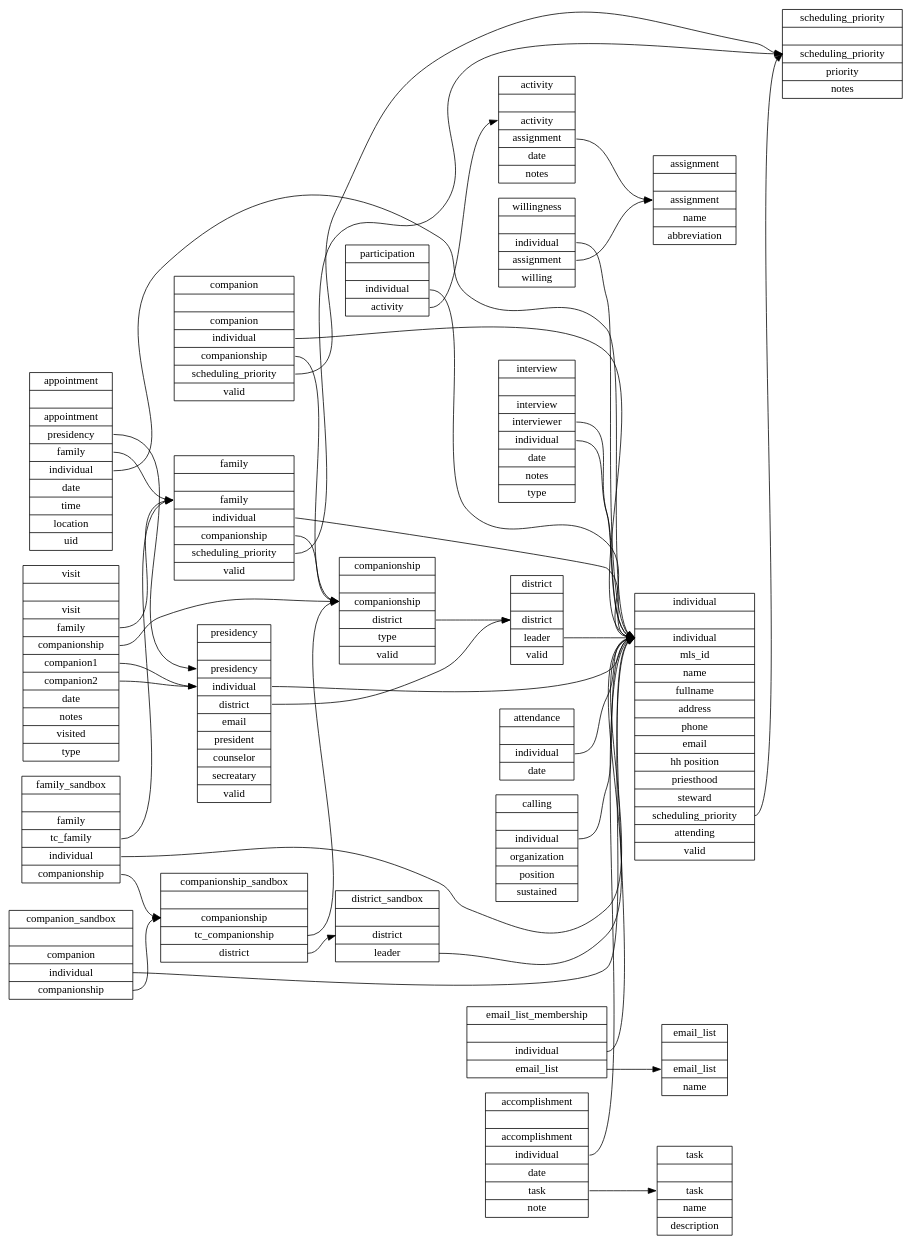
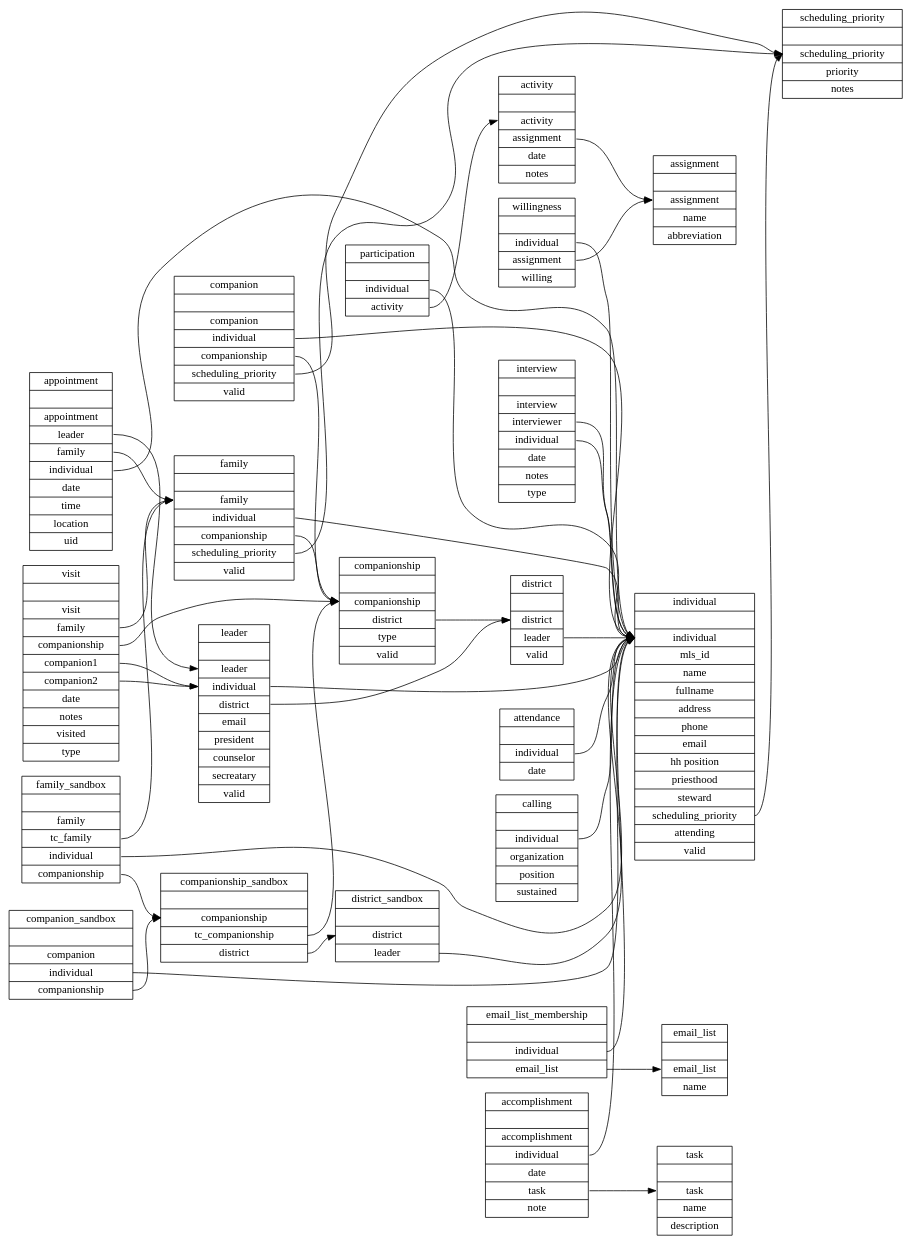
The diagram in sql/schema.dot (apippin/tc), drawn with Graphviz before and after one commit. The commit also changed 7 other files, not shown here.

Commit message:
changed tc_presidency to tc_leader

```diff
--- a/sql/schema.dot
+++ b/sql/schema.dot
@@ -1,158 +1,158 @@
 digraph schema {
   graph [
     rankdir = "LR"
   ];
   activity   [
     label = "activity||<a> activity|<s> assignment|<t> date|<n> notes"
     shape = "record"
   ];
   appointment   [
-    label = "appointment||<a> appointment|<p> presidency|<f> family|<i> individual |<d> date|<t> time|<l> location|<u> uid"
+    label = "appointment||<a> appointment|<l> leader|<f> family|<i> individual |<d> date|<t> time|<l> location|<u> uid"
     shape = "record"
   ];
   assignment    [
     label = "assignment||<a> assignment|<n> name|<ab> abbreviation"
     shape = "record"
   ];
   attendance   [
     label = "attendance||<i> individual|<d> date"
     shape = "record"
   ];
   calling       [
     label = "calling||<i> individual|<o> organization|<p> position|<s> sustained"
     shape = "record"
   ];
   companion   [
     label = "companion||<c> companion|<i> individual|<cp> companionship|<sp> scheduling_priority|<v> valid"
     shape = "record"
   ];
   companionship   [
     label = "companionship||<c> companionship|<d> district|<t> type|<v> valid"
     shape = "record"
   ];
   district      [
     label = "district||<d> district|<l> leader|<v> valid"
     shape = "record"
   ];
   individual   [
     label = "individual||<i> individual|<id> mls_id|<n> name|<fn> fullname|<a> address|<p> phone|<em> email|<hh> hh position|<pr> priesthood|<st> steward|<sp> scheduling_priority|<a> attending|<v> valid"
     shape = "record"
   ];
   family   [
     label = "family||<f> family|<i> individual|<c> companionship|<sp> scheduling_priority|<v> valid"
     shape = "record"
   ];
   participation   [
     label = "participation||<i> individual|<a> activity"
     shape = "record"
   ];
   interview   [
     label = "interview||<in> interview|<i> interviewer|<il> individual|<t> date|<n> notes|<t> type"
     shape = "record"
   ];
-  presidency    [
-    label = "presidency||<p> presidency|<i> individual|<d> district|<em> email|<pr> president|<cn> counselor|<sec> secreatary|<v> valid"
+  leader    [
+    label = "leader||<l> leader|<i> individual|<d> district|<em> email|<pr> president|<cn> counselor|<sec> secreatary|<v> valid"
     shape = "record"
   ];
   visit   [
     label = "visit||<v> visit|<f> family|<c> companionship|<c1> companion1|<c2> companion2|<t> date|<n> notes|<v> visited|<vt> type"
     shape = "record"
   ];
   willingness   [
     label = "willingness||<i> individual|<a> assignment|<w> willing"
     shape = "record"
   ];
   scheduling_priority   [
     label = "scheduling_priority||<sp> scheduling_priority|<p> priority|<n> notes"
     shape = "record"
   ];
   email_list   [
     label = "email_list||<e> email_list|<n> name"
     shape = "record"
   ];
   email_list_membership   [
     label = "email_list_membership||<i> individual|<e> email_list"
     shape = "record"
   ];
   accomplishment   [
     label = "accomplishment||<a> accomplishment|<i> individual|<d> date|<t> task|<n> note"
     shape = "record"
   ];
   task   [
     label = "task||<t> task|<n> name|<d> description"
     shape = "record"
   ];
   district_sandbox   [
     label = "district_sandbox||<d> district|<l> leader"
     shape = "record"
   ];
   companion_sandbox   [
     label = "companion_sandbox||<c> companion|<i> individual|<cp> companionship"
     shape = "record"
   ];
   companionship_sandbox   [
     label = "companionship_sandbox||<cp> companionship|<tcp> tc_companionship|<d> district"
     shape = "record"
   ];
   family_sandbox   [
     label = "family_sandbox||<f> family|<tcf> tc_family|<i> individual|<cp> companionship"
     shape = "record"
   ];
 
   activity:s      -> assignment:a
 
-  appointment:p   -> presidency:p
+  appointment:l   -> leader:l
   appointment:f   -> family:f
   appointment:i   -> individual:i
 
   attendance:i    -> individual:i
   
   calling:i       -> individual:i
 
   companion:cp    -> companionship:c
   companion:i     -> individual:i
   companion:sp    -> scheduling_priority:sp
 
   companionship:d -> district:d
   
   district:l      -> individual:i
   
   individual:sp   -> scheduling_priority:sp
   
   family:i        -> individual:i
   family:c        -> companionship:c
   family:sp       -> scheduling_priority:sp
 
   participation:i -> individual:i
   participation:a -> activity:a
 
   interview:il    -> individual:i
   interview:i     -> individual:i
 
-  presidency:i    -> individual:i
-  presidency:d    -> district:d
+  leader:i    -> individual:i
+  leader:d    -> district:d
 
   visit:c         -> companionship:c
   visit:f         -> family:f
-  visit:c1        -> presidency:i
-  visit:c2        -> presidency:i
+  visit:c1        -> leader:i
+  visit:c2        -> leader:i
 
   willingness:i   -> individual:i
   willingness:a   -> assignment:a
 
   email_list_membership:i  -> individual:i
   email_list_membership:e  -> email_list:e
   
   accomplishment:i   -> individual:i
   accomplishment:t   -> task:t
  
   district_sandbox:l      -> individual:i
   companion_sandbox:i     -> individual:i
   companion_sandbox:cp    -> companionship_sandbox:cp
   companionship_sandbox:tcp -> companionship:c
   companionship_sandbox:d -> district_sandbox:d
   family_sandbox:tcf      -> family:f
   family_sandbox:i        -> individual:i
   family_sandbox:cp       -> companionship_sandbox:cp
   
 }
```
